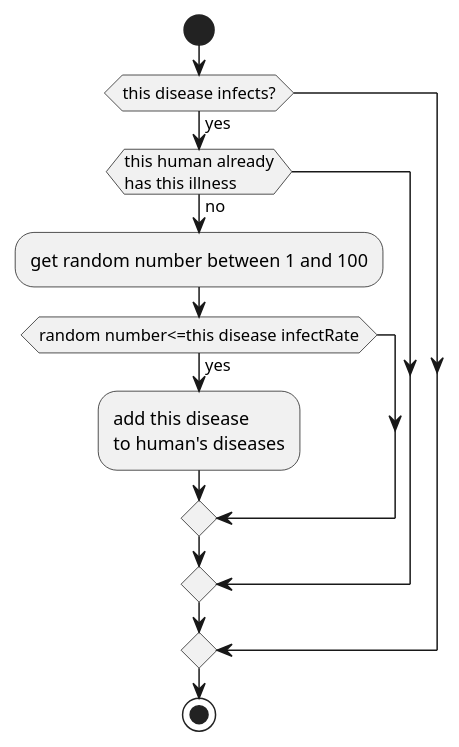
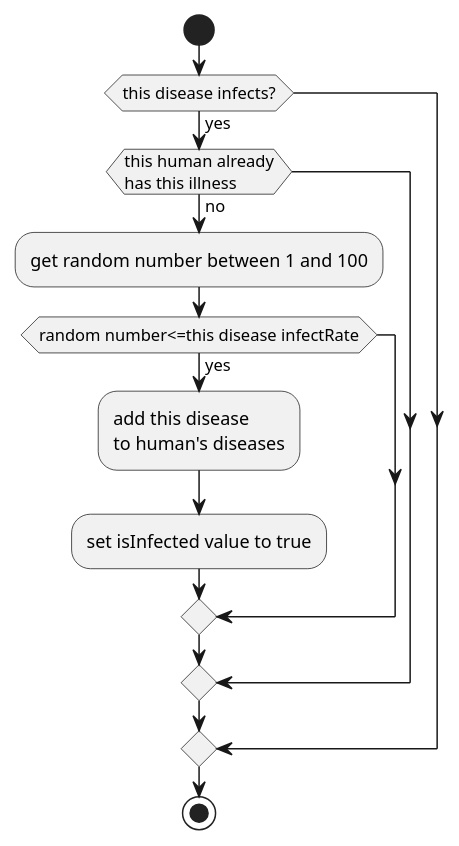
The diagram in dokumentacja/Activity_diagram/infect_neighbour/infect_neighbour_11052020.plantuml (karolWazny/plague-repo), drawn with PlantUML before and after one commit. The commit also changed 6 other files, not shown here.

Commit message:
disease progress diagram

```diff
--- a/dokumentacja/Activity_diagram/infect_neighbour/infect_neighbour_11052020.plantuml
+++ b/dokumentacja/Activity_diagram/infect_neighbour/infect_neighbour_11052020.plantuml
@@ -1,14 +1,15 @@
 @startuml infect_neighbour_11052020
 
 start
 if (this disease infects?) then (yes)
     if (this human already\nhas this illness) then (no)
         :get random number between 1 and 100;
         if (random number<=this disease infectRate) then (yes)
             :add this disease\nto human's diseases;
+            :set isInfected value to true;
         endif
     endif
 endif
 stop
 
 @enduml
```
